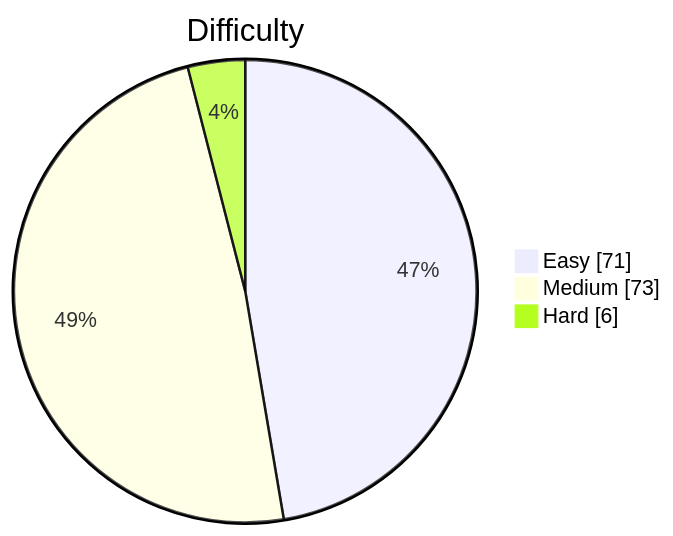
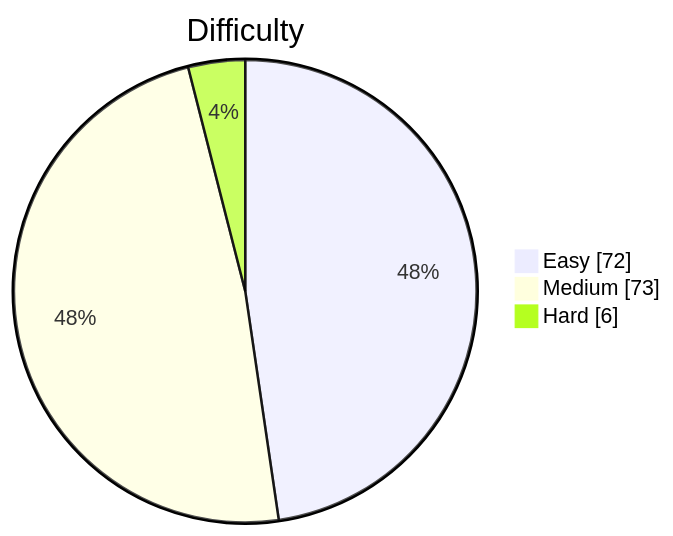
The diagram in README.md (kevstevie/python-algo-practice), drawn with Mermaid before and after one commit. The commit also changed other lines of this file, not shown here.

Commit message:
docs: update README stats (151 problems)

````diff
--- a/README.md
+++ b/README.md
@@ -13,7 +13,7 @@
 ```mermaid
 pie showData
     title Difficulty
-    "Easy"   : 71
+    "Easy"   : 72
     "Medium" : 73
     "Hard"   : 6
 ```
````
